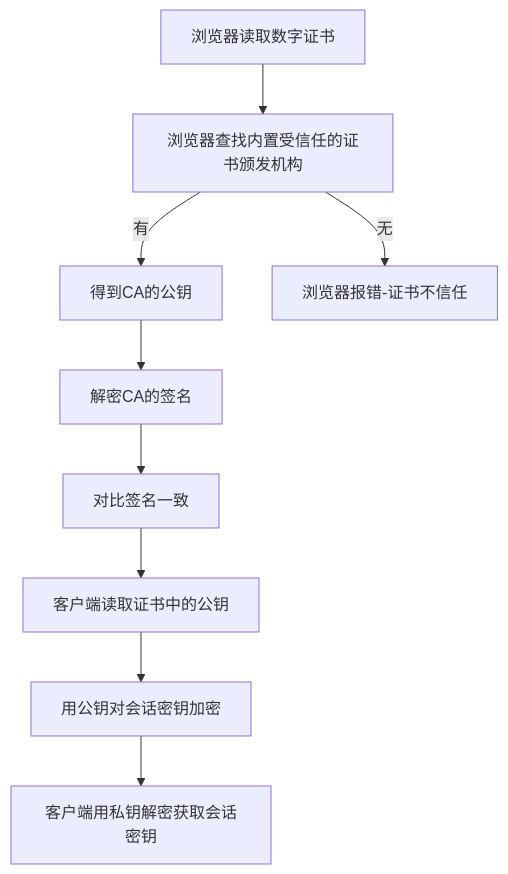
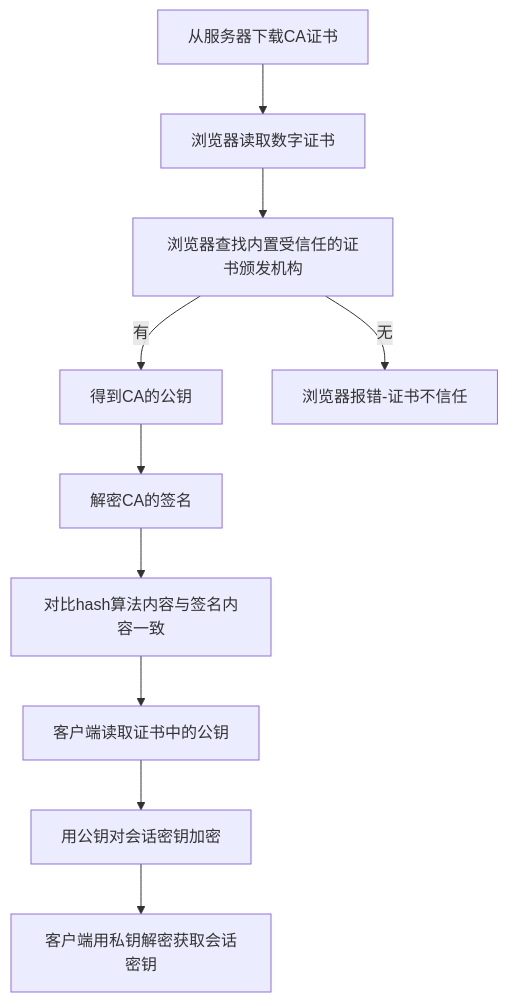
One commit to tinn2015/Notes changed the diagram in docs/其他/https.md. Above: the diagram before and after it, drawn with Mermaid. The commit also changed 1 other file, not shown here.

Commit message:
修改https 文档

````diff
--- a/docs/其他/https.md
+++ b/docs/其他/https.md
@@ -18,6 +18,6 @@
 ```mermaid
 graph TD
-浏览器读取数字证书 --> 浏览器查找内置受信任的证书颁发机构 --有--> 得到CA的公钥 --> 解密CA的签名 --> 对比签名一致 -->  客户端读取证书中的公钥 --> 用公钥对会话密钥加密 --> 客户端用私钥解密获取会话密钥
+从服务器下载CA证书 --> 浏览器读取数字证书 --> 浏览器查找内置受信任的证书颁发机构 --有--> 得到CA的公钥 --> 解密CA的签名 --> 对比hash算法内容与签名内容一致 -->  客户端读取证书中的公钥 --> 用公钥对会话密钥加密 --> 客户端用私钥解密获取会话密钥
 
 浏览器查找内置受信任的证书颁发机构 --无--> 浏览器报错-证书不信任
 ```
````
